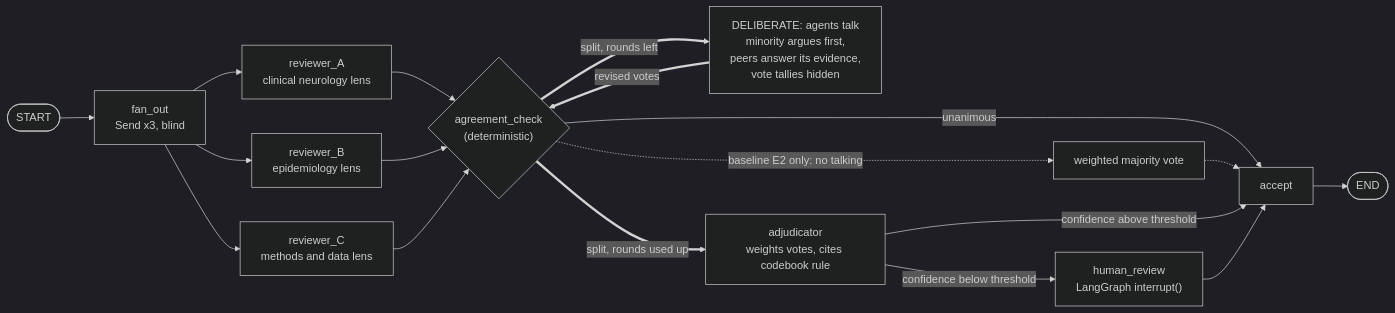
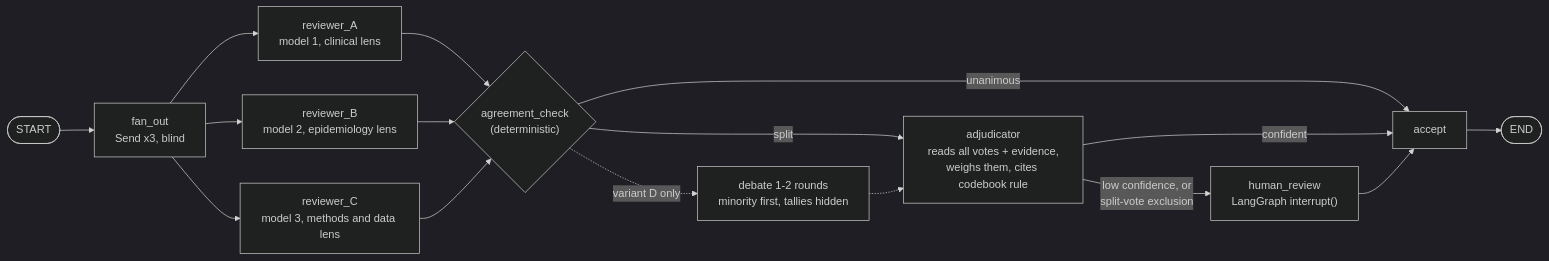
One commit to iUtsa/adrd-multiagent-review changed the second of 4 diagrams in docs/ARCHITECTURE.md. Above: the diagram before and after it, drawn with Mermaid (dark theme). The commit also changed other lines of this file and 6 other files, not shown here.

````diff
--- a/docs/ARCHITECTURE.md
+++ b/docs/ARCHITECTURE.md
@@ -96,20 +96,18 @@
 ```mermaid
 flowchart LR
     S([START]) --> F["fan_out<br/>Send x3, blind"]
-    F --> RA["reviewer_A<br/>clinical neurology lens"]
-    F --> RB["reviewer_B<br/>epidemiology lens"]
-    F --> RC["reviewer_C<br/>methods and data lens"]
+    F --> RA["reviewer_A<br/>model 1, clinical lens"]
+    F --> RB["reviewer_B<br/>model 2, epidemiology lens"]
+    F --> RC["reviewer_C<br/>model 3, methods and data lens"]
     RA --> AG{"agreement_check<br/>(deterministic)"}
     RB --> AG
     RC --> AG
     AG -->|unanimous| ACC["accept"]
-    AG ==>|"split, rounds left"| DL["DELIBERATE: agents talk<br/>minority argues first,<br/>peers answer its evidence,<br/>vote tallies hidden"]
-    DL ==>|revised votes| AG
-    AG ==>|"split, rounds used up"| ADJ["adjudicator<br/>weights votes, cites codebook rule"]
-    AG -.->|"baseline E2 only: no talking"| VOTE["weighted majority vote"]
-    VOTE -.-> ACC
-    ADJ -->|confidence above threshold| ACC
-    ADJ -->|confidence below threshold| H["human_review<br/>LangGraph interrupt()"]
+    AG -->|split| ADJ["adjudicator<br/>reads all votes + evidence,<br/>weighs them, cites codebook rule"]
+    AG -.->|"variant D only"| DL["debate 1-2 rounds<br/>minority first, tallies hidden"]
+    DL -.-> ADJ
+    ADJ -->|confident| ACC
+    ADJ -->|"low confidence, or<br/>split-vote exclusion"| H["human_review<br/>LangGraph interrupt()"]
     H --> ACC
     ACC --> E([END])
 ```
````
